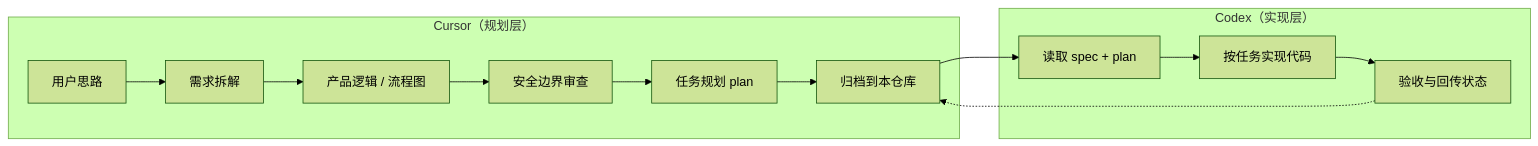
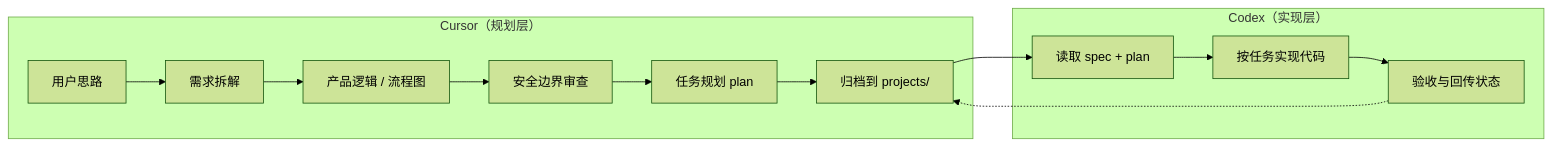
One commit to AliceDel66/discussionGroup changed the diagram in README.md. Above: the diagram before and after it, drawn with Mermaid (forest theme). The commit also changed other lines of this file and 8 other files, not shown here.

````diff
--- a/README.md
+++ b/README.md
@@ -9,16 +9,16 @@
 ```mermaid
 flowchart LR
     subgraph Cursor["Cursor（规划层）"]
         A[用户思路] --> B[需求拆解]
         B --> C[产品逻辑 / 流程图]
         C --> D[安全边界审查]
         D --> E[任务规划 plan]
-        E --> F[归档到本仓库]
+        E --> F[归档到 projects/]
     end
     subgraph Codex["Codex（实现层）"]
         F --> G[读取 spec + plan]
         G --> H[按任务实现代码]
         H --> I[验收与回传状态]
     end
     I -.-> F
 ```
````
